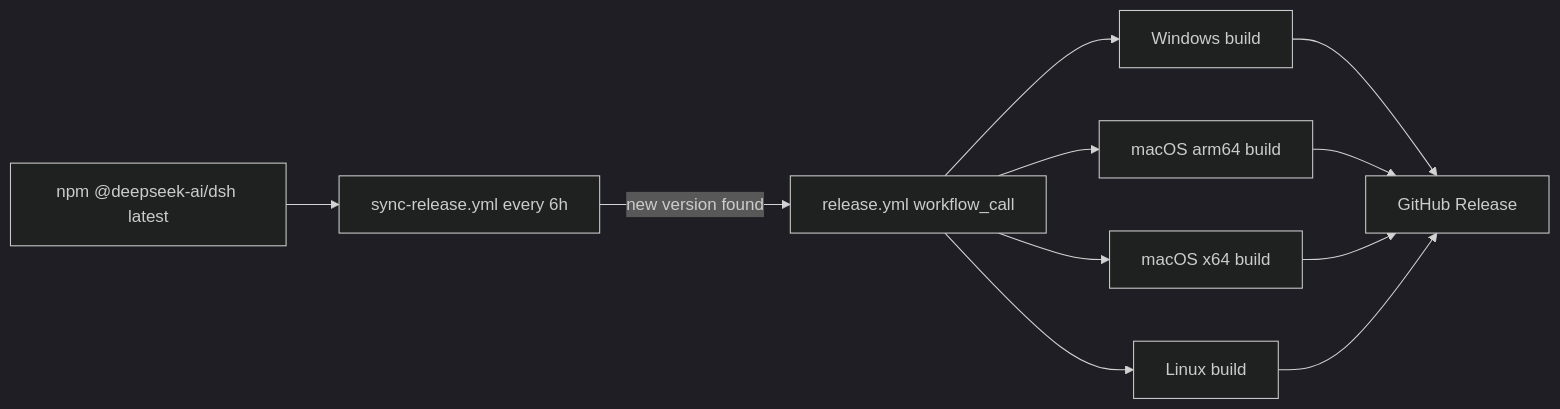
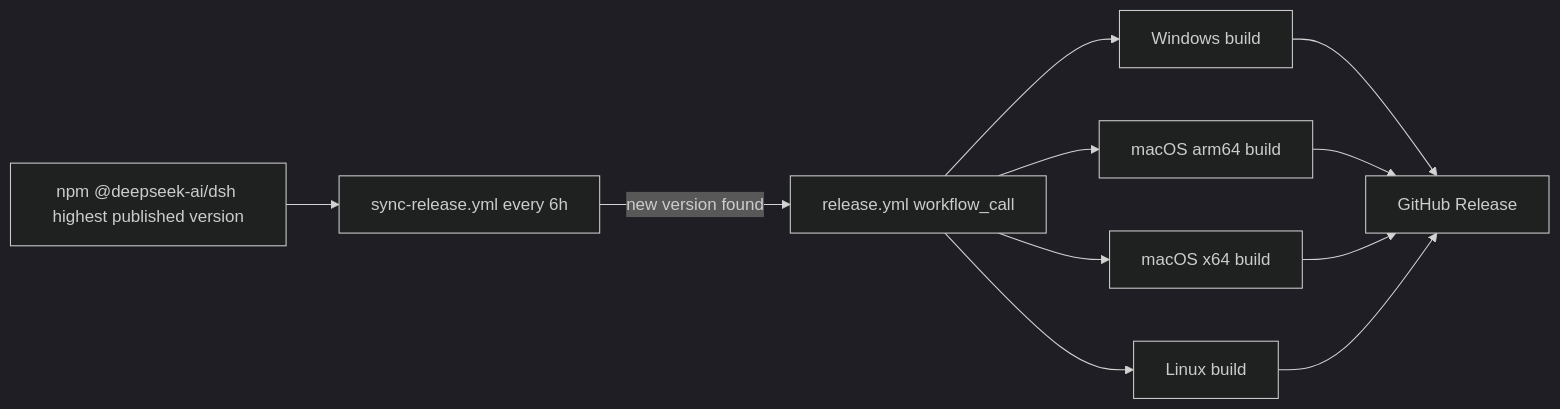
One commit to ArtisanMinds/WanglabHarnessPakege changed the diagram in README.md. Above: the diagram before and after it, drawn with Mermaid (dark theme). The commit also changed other lines of this file and 3 other files, not shown here.

Commit message:
fix(sync): resolve semver-highest published version instead of npm latest

````diff
--- a/README.md
+++ b/README.md
@@ -136,13 +136,13 @@
 ```mermaid
 flowchart LR
-    N[npm @deepseek-ai/dsh latest] --> S[sync-release.yml every 6h]
+    N[npm @deepseek-ai/dsh highest published version] --> S[sync-release.yml every 6h]
     S -->|new version found| R[release.yml workflow_call]
     R --> W[Windows build]
     R --> M[macOS arm64 build]
     R --> I[macOS x64 build]
     R --> L[Linux build]
     W --> G[GitHub Release]
     M --> G
     I --> G
     L --> G
 ```
````
